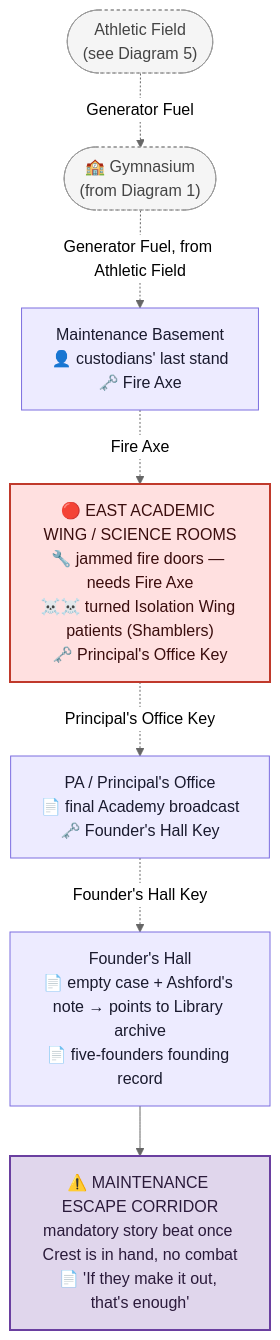
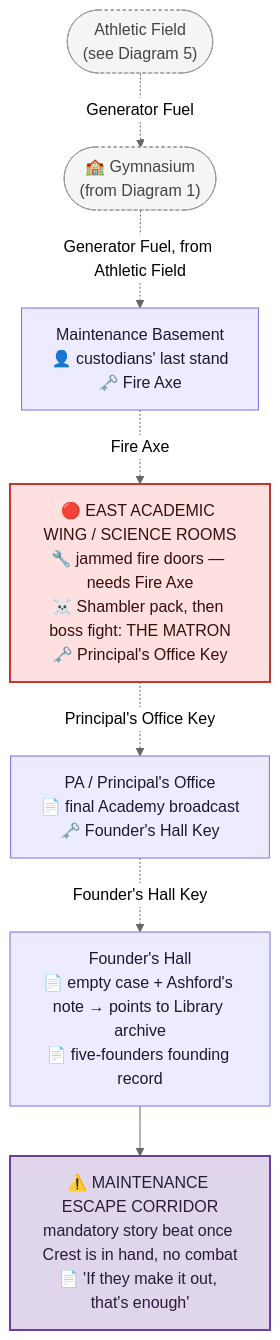
One commit to GIToez/Deadlock-Design changed the fourth of 5 diagrams in DESIGN/Locations/Academy.md. Above: the diagram before and after it, drawn with Mermaid (neutral theme). The commit also changed other lines of this file and 10 other files, not shown here.

Commit message:
Dialogue/pacing trim across all five scripts, add deliberate messiness beat, final consistency pass on Locations diagrams

````diff
--- a/DESIGN/Locations/Academy.md
+++ b/DESIGN/Locations/Academy.md
@@ -488,24 +488,24 @@
 ```mermaid
 flowchart TD
     GYMREF3(["🏫 Gymnasium<br/>(from Diagram 1)"])
     FIELDREF(["Athletic Field<br/>(see Diagram 5)"])
     BASEMENT["Maintenance Basement<br/>👤 custodians' last stand<br/>🗝️ Fire Axe"]
-    EASTWING["🔴 EAST ACADEMIC WING / SCIENCE ROOMS<br/>🔧 jammed fire doors — needs Fire Axe<br/>☠️☠️ turned Isolation Wing patients (Shamblers)<br/>🗝️ Principal's Office Key"]
+    EASTWING["🔴 EAST ACADEMIC WING / SCIENCE ROOMS<br/>🔧 jammed fire doors — needs Fire Axe<br/>☠️ Shambler pack, then boss fight: THE MATRON<br/>🗝️ Principal's Office Key"]
     PAOFFICE["PA / Principal's Office<br/>📄 final Academy broadcast<br/>🗝️ Founder's Hall Key"]
     HALL["Founder's Hall<br/>📄 empty case + Ashford's note → points to Library archive<br/>📄 five-founders founding record"]
     CORRIDOR["⚠️ MAINTENANCE ESCAPE CORRIDOR<br/>mandatory story beat once Crest is in hand, no combat<br/>📄 'If they make it out, that's enough'"]
 
     FIELDREF -. Generator Fuel .-> GYMREF3
     GYMREF3 -. Generator Fuel, from Athletic Field .-> BASEMENT
     BASEMENT -. Fire Axe .-> EASTWING
     EASTWING -. Principal's Office Key .-> PAOFFICE -. Founder's Hall Key .-> HALL --> CORRIDOR
 
     classDef room fill:#EDEBFF,stroke:#7C6EE0,color:#1a1a2e
     classDef boss fill:#FFE0E0,stroke:#C0392B,color:#3a0d0d,stroke-width:2px
     classDef ref fill:#F5F5F5,stroke:#999999,color:#444444,stroke-dasharray:3 3
     classDef vanguard fill:#E0D6EC,stroke:#6A3FA0,color:#2a1a3a,stroke-width:2px
     class GYMREF3,FIELDREF ref
     class BASEMENT,PAOFFICE,HALL room
     class EASTWING boss
     class CORRIDOR vanguard
 ```
````
